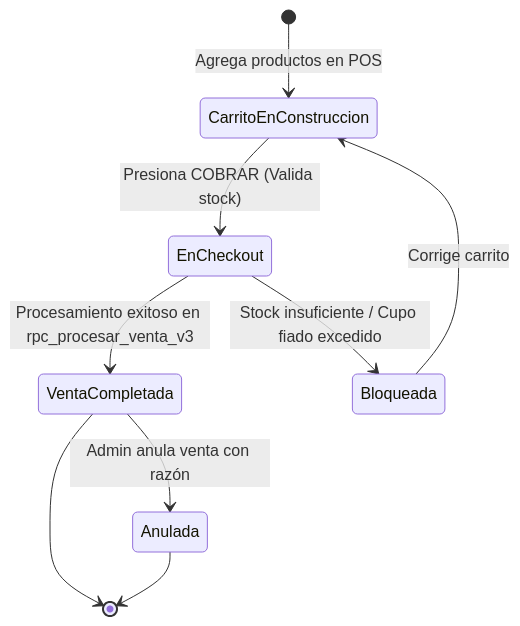
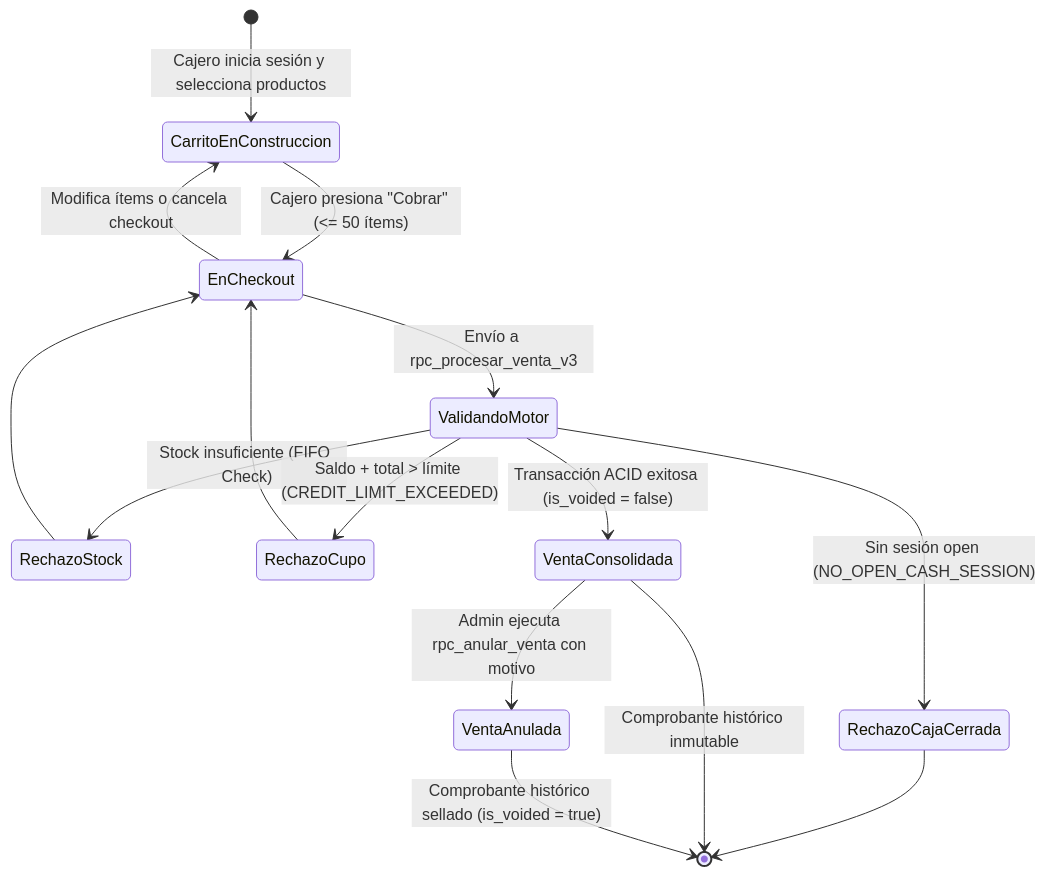
One commit to YamirJCF/tienda-barrio-pro changed the third of 4 diagrams in documentation/01_requirements/SDD/SDD_007_NUCLEO_VENTAS_PADRE.md. Above: the diagram before and after it, drawn with Mermaid. The commit also changed other lines of this file, not shown here.

Commit message:
docs(sdd): rectificar y sanitizar SDD-007 bajo protocolo PAC-SDD estricto con certificacion QA

````diff
--- a/documentation/01_requirements/SDD/SDD_007_NUCLEO_VENTAS_PADRE.md
+++ b/documentation/01_requirements/SDD/SDD_007_NUCLEO_VENTAS_PADRE.md
@@ -66,11 +189,17 @@
 ```mermaid
 stateDiagram-v2
-    [*] --> CarritoEnConstruccion : Agrega productos en POS
-    CarritoEnConstruccion --> EnCheckout : Presiona COBRAR (Valida stock)
-    EnCheckout --> VentaCompletada : Procesamiento exitoso en rpc_procesar_venta_v3
-    EnCheckout --> Bloqueada : Stock insuficiente / Cupo fiado excedido
-    VentaCompletada --> Anulada : Admin anula venta con razón
-    Bloqueada --> CarritoEnConstruccion : Corrige carrito
-    VentaCompletada --> [*]
-    Anulada --> [*]
+    [*] --> CarritoEnConstruccion: Cajero inicia sesión y selecciona productos
+    CarritoEnConstruccion --> EnCheckout: Cajero presiona "Cobrar" (<= 50 ítems)
+    EnCheckout --> CarritoEnConstruccion: Modifica ítems o cancela checkout
+    EnCheckout --> ValidandoMotor: Envío a rpc_procesar_venta_v3
+    ValidandoMotor --> RechazoCajaCerrada: Sin sesión open (NO_OPEN_CASH_SESSION)
+    ValidandoMotor --> RechazoStock: Stock insuficiente (FIFO Check)
+    ValidandoMotor --> RechazoCupo: Saldo + total > límite (CREDIT_LIMIT_EXCEEDED)
+    ValidandoMotor --> VentaConsolidada: Transacción ACID exitosa (is_voided = false)
+    VentaConsolidada --> VentaAnulada: Admin ejecuta rpc_anular_venta con motivo
+    RechazoCajaCerrada --> [*]
+    RechazoStock --> EnCheckout
+    RechazoCupo --> EnCheckout
+    VentaConsolidada --> [*]: Comprobante histórico inmutable
+    VentaAnulada --> [*]: Comprobante histórico sellado (is_voided = true)
 ```
````
